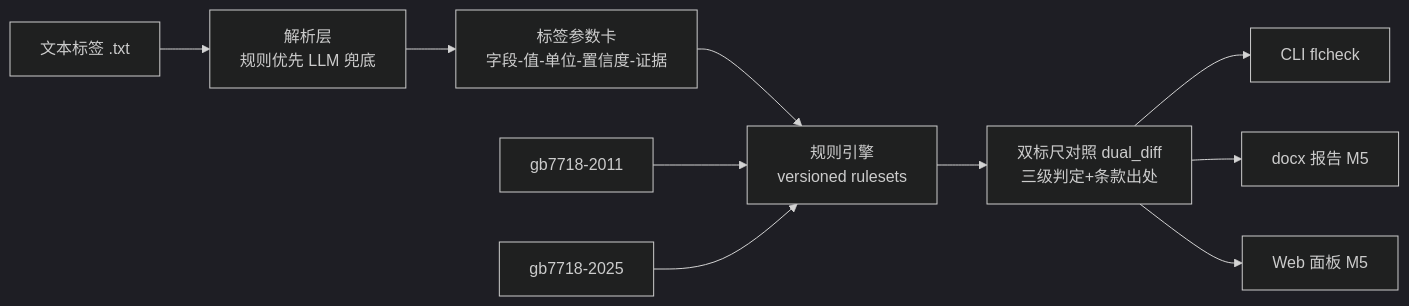
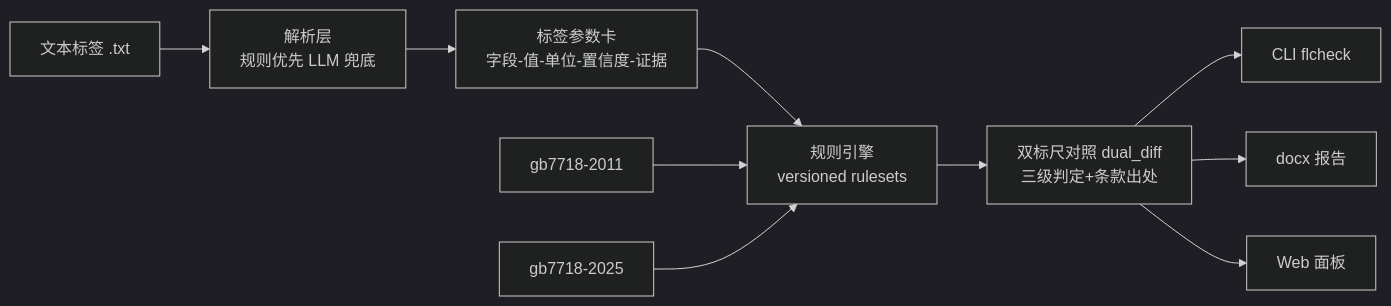
Before and after one commit to yuluo554/food-label-compliance-checker: the diagram in README.md, drawn with Mermaid (dark theme). The commit also changed other lines of this file and 18 other files, not shown here.

````diff
--- a/README.md
+++ b/README.md
@@ -30,12 +32,12 @@
 ```mermaid
 flowchart LR
     A[文本标签 .txt] --> B[解析层\n规则优先 LLM 兜底]
     B --> C[标签参数卡\n字段-值-单位-置信度-证据]
     C --> D[规则引擎\nversioned rulesets]
     R1[gb7718-2011] --> D
     R2[gb7718-2025] --> D
     D --> E[双标尺对照 dual_diff\n三级判定+条款出处]
     E --> F1[CLI flcheck]
-    E --> F2[docx 报告 M5]
-    E --> F3[Web 面板 M5]
+    E --> F2[docx 报告]
+    E --> F3[Web 面板]
 ```
````
